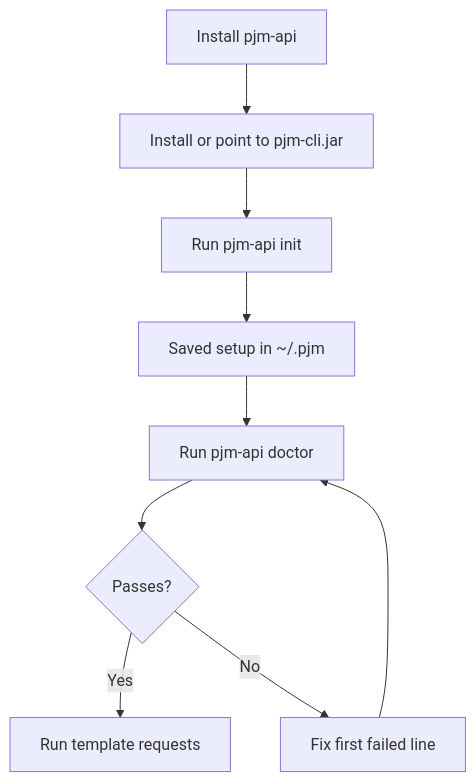
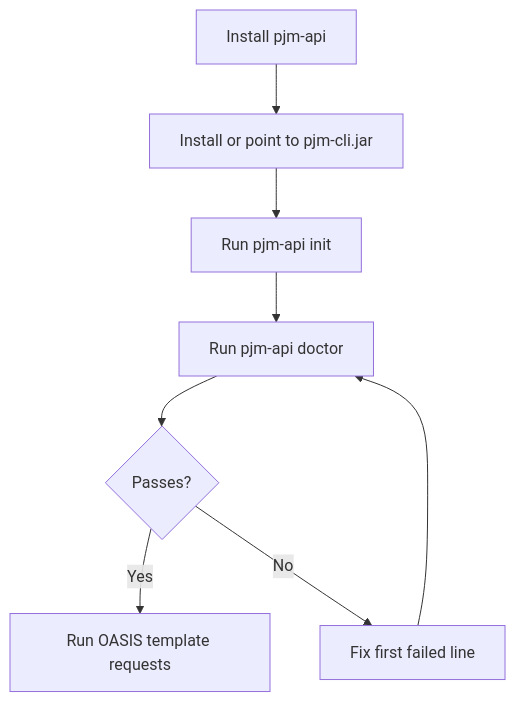
One commit to willschenk/pjm-api changed the first of 3 diagrams in README.md. Above: the diagram before and after it, drawn with Mermaid. The commit also changed other lines of this file and 2 other files, not shown here.

````diff
--- a/README.md
+++ b/README.md
@@ -96,11 +83,10 @@
 ```mermaid
 flowchart TD
     A[Install pjm-api] --> B[Install or point to pjm-cli.jar]
     B --> C[Run pjm-api init]
-    C --> P[Saved setup in ~/.pjm]
-    P --> D[Run pjm-api doctor]
+    C --> D[Run pjm-api doctor]
     D --> E{Passes?}
-    E -->|Yes| F[Run template requests]
+    E -->|Yes| F[Run OASIS template requests]
     E -->|No| G[Fix first failed line]
     G --> D
 ```
````
